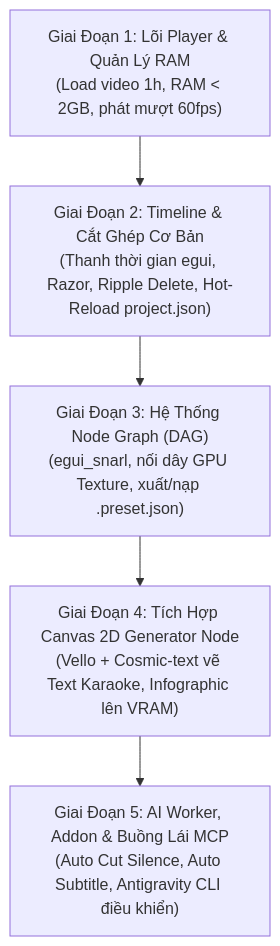
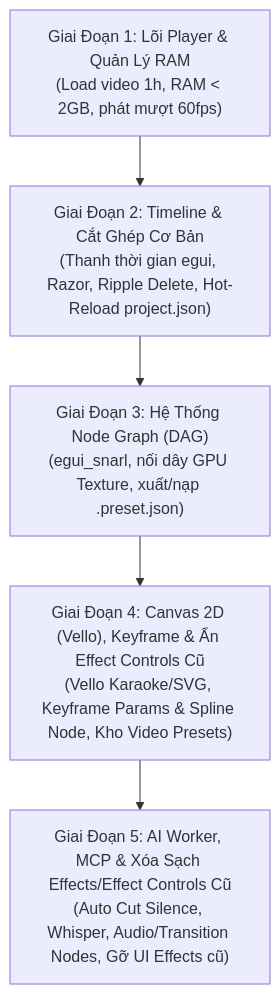
One commit to chiconcota/darkworks changed the diagram in .darkworks-ai/1-overview/system_map.md. Above: the diagram before and after it, drawn with Mermaid. The commit also changed other lines of this file and 66 other files, not shown here.

Commit message:
feat(node-graph): bridge DAG to Timeline/Render, expand 27 blend modes, fix scratchpad detach & update roadmap

````diff
--- a/.darkworks-ai/1-overview/system_map.md
+++ b/.darkworks-ai/1-overview/system_map.md
@@ -106,10 +106,10 @@
 ```mermaid
 flowchart TD
     G1["Giai Đoạn 1: Lõi Player & Quản Lý RAM\n(Load video 1h, RAM < 2GB, phát mượt 60fps)"]
     G2["Giai Đoạn 2: Timeline & Cắt Ghép Cơ Bản\n(Thanh thời gian egui, Razor, Ripple Delete, Hot-Reload project.json)"]
     G3["Giai Đoạn 3: Hệ Thống Node Graph (DAG)\n(egui_snarl, nối dây GPU Texture, xuất/nạp .preset.json)"]
-    G4["Giai Đoạn 4: Tích Hợp Canvas 2D Generator Node\n(Vello + Cosmic-text vẽ Text Karaoke, Infographic lên VRAM)"]
-    G5["Giai Đoạn 5: AI Worker, Addon & Buồng Lái MCP\n(Auto Cut Silence, Auto Subtitle, Antigravity CLI điều khiển)"]
+    G4["Giai Đoạn 4: Canvas 2D (Vello), Keyframe & Ẩn Effect Controls Cũ\n(Vello Karaoke/SVG, Keyframe Params & Spline Node, Kho Video Presets)"]
+    G5["Giai Đoạn 5: AI Worker, MCP & Xóa Sạch Effects/Effect Controls Cũ\n(Auto Cut Silence, Whisper, Audio/Transition Nodes, Gỡ UI Effects cũ)"]
 
     G1 --> G2 --> G3 --> G4 --> G5
 ```
````
